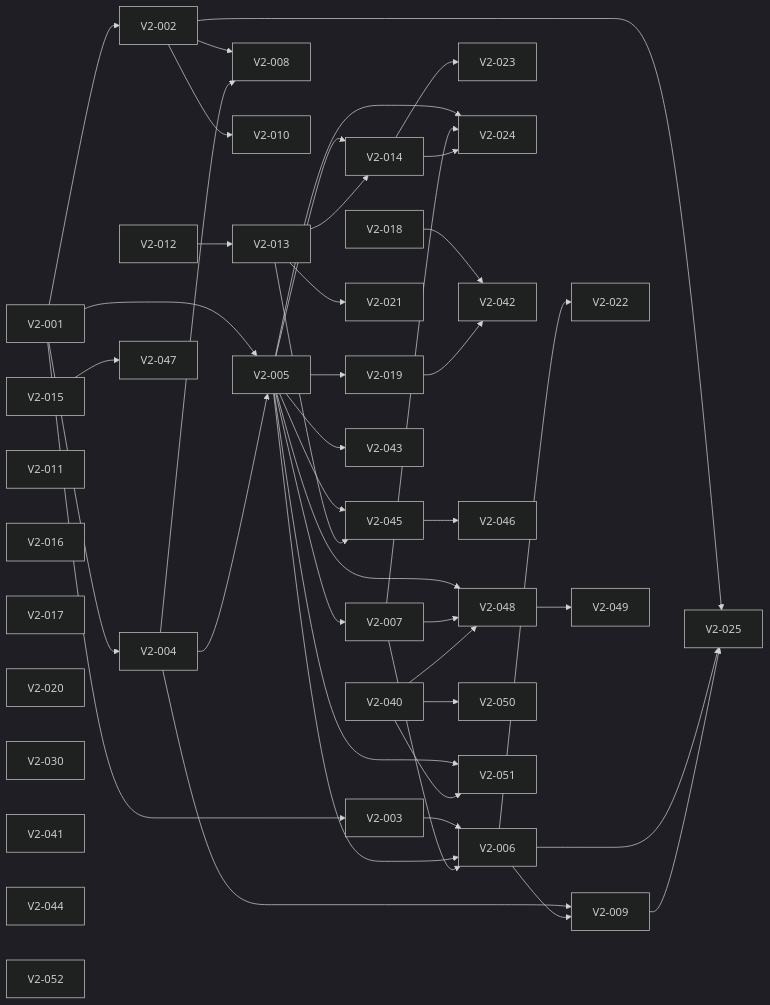
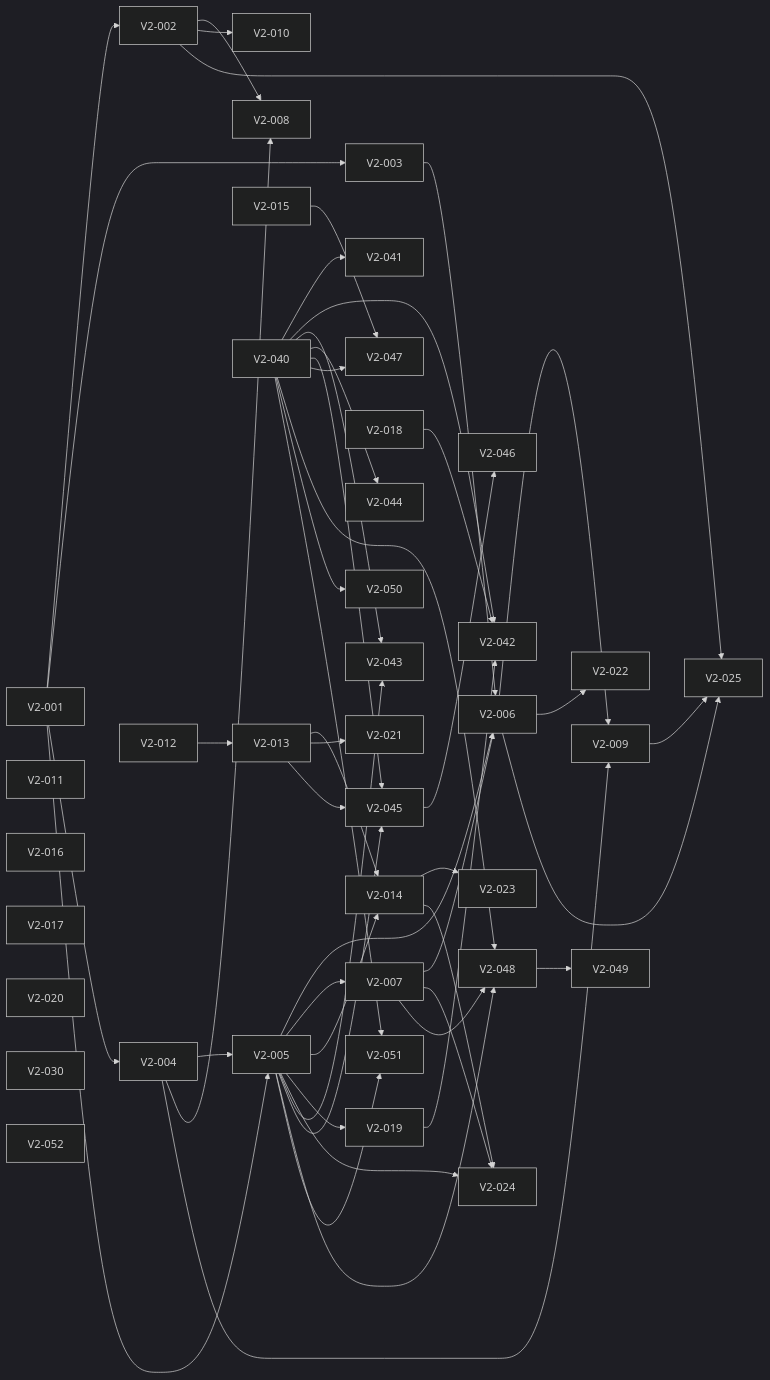
One commit to migdlp/opinion-social-media changed the diagram in docs/backlog-v2.md. Above: the diagram before and after it, drawn with Mermaid (dark theme). The commit also changed other lines of this file and 2 other files, not shown here.

````diff
--- a/docs/backlog-v2.md
+++ b/docs/backlog-v2.md
@@ -190,54 +190,58 @@
 ```mermaid
 graph LR
   V2_001[V2-001] --> V2_002[V2-002]
   V2_001[V2-001] --> V2_003[V2-003]
   V2_001[V2-001] --> V2_004[V2-004]
   V2_001[V2-001] --> V2_005[V2-005]
   V2_004[V2-004] --> V2_005[V2-005]
   V2_003[V2-003] --> V2_006[V2-006]
   V2_005[V2-005] --> V2_006[V2-006]
   V2_007[V2-007] --> V2_006[V2-006]
   V2_005[V2-005] --> V2_007[V2-007]
   V2_002[V2-002] --> V2_008[V2-008]
   V2_004[V2-004] --> V2_008[V2-008]
   V2_004[V2-004] --> V2_009[V2-009]
   V2_006[V2-006] --> V2_009[V2-009]
   V2_002[V2-002] --> V2_010[V2-010]
   V2_012[V2-012] --> V2_013[V2-013]
   V2_005[V2-005] --> V2_014[V2-014]
   V2_013[V2-013] --> V2_014[V2-014]
   V2_005[V2-005] --> V2_019[V2-019]
   V2_013[V2-013] --> V2_021[V2-021]
   V2_006[V2-006] --> V2_022[V2-022]
   V2_014[V2-014] --> V2_023[V2-023]
   V2_005[V2-005] --> V2_024[V2-024]
   V2_007[V2-007] --> V2_024[V2-024]
   V2_014[V2-014] --> V2_024[V2-024]
   V2_002[V2-002] --> V2_025[V2-025]
   V2_006[V2-006] --> V2_025[V2-025]
   V2_009[V2-009] --> V2_025[V2-025]
   V2_018[V2-018] --> V2_042[V2-042]
   V2_019[V2-019] --> V2_042[V2-042]
   V2_005[V2-005] --> V2_043[V2-043]
   V2_005[V2-005] --> V2_045[V2-045]
   V2_013[V2-013] --> V2_045[V2-045]
   V2_045[V2-045] --> V2_046[V2-046]
   V2_015[V2-015] --> V2_047[V2-047]
   V2_005[V2-005] --> V2_048[V2-048]
   V2_007[V2-007] --> V2_048[V2-048]
+  V2_040[V2-040] --> V2_041[V2-041]
+  V2_040[V2-040] --> V2_042[V2-042]
+  V2_040[V2-040] --> V2_043[V2-043]
+  V2_040[V2-040] --> V2_044[V2-044]
+  V2_040[V2-040] --> V2_045[V2-045]
+  V2_040[V2-040] --> V2_047[V2-047]
   V2_040[V2-040] --> V2_048[V2-048]
   V2_048[V2-048] --> V2_049[V2-049]
   V2_040[V2-040] --> V2_050[V2-050]
   V2_005[V2-005] --> V2_051[V2-051]
   V2_040[V2-040] --> V2_051[V2-051]
   V2_011[V2-011]
   V2_015[V2-015]
   V2_016[V2-016]
   V2_017[V2-017]
   V2_018[V2-018]
   V2_020[V2-020]
   V2_030[V2-030]
-  V2_041[V2-041]
-  V2_044[V2-044]
   V2_052[V2-052]
 ```
````
